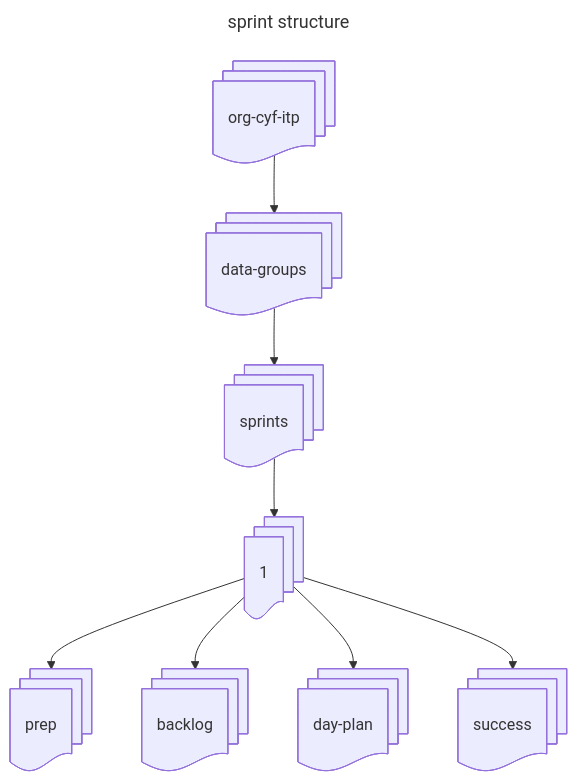
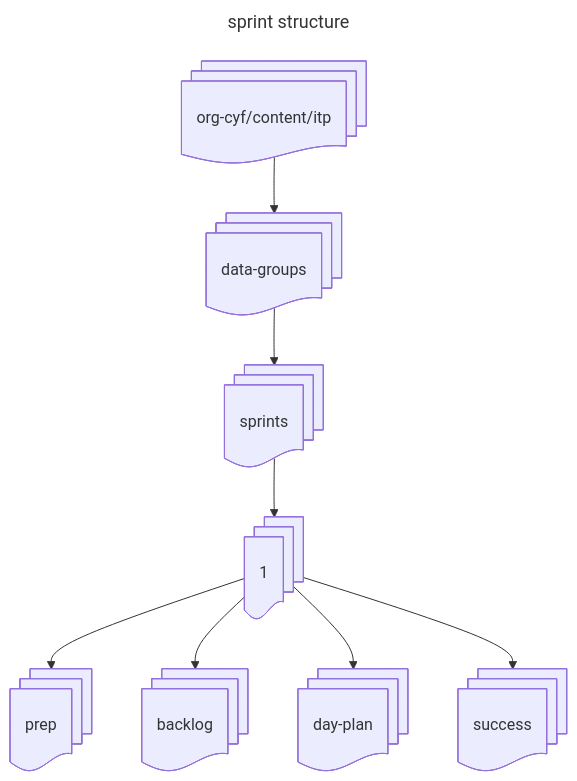
The third of 4 diagrams in org-cyf-guides/content/contributing/adding-updating/index.md (CodeYourFuture/curriculum), drawn with Mermaid before and after one commit. The commit also changed other lines of this file and 2 other files, not shown here.

````diff
--- a/org-cyf-guides/content/contributing/adding-updating/index.md
+++ b/org-cyf-guides/content/contributing/adding-updating/index.md
@@ -48,13 +48,13 @@
 ```mermaid
 ---
 title: sprint structure
 ---
 flowchart TD
-    itp2@{ shape: docs, label: org-cyf-itp } --> dataGroups2@{ shape: docs, label: data-groups }
+    itp2@{ shape: docs, label: org-cyf/content/itp } --> dataGroups2@{ shape: docs, label: data-groups }
     dataGroups2 --> sprints2@{ shape: docs, label: sprints }
     sprints2 --> sprint1@{ shape: docs, label: "1" }
     sprint1 --> prep@{shape: docs, label: prep}
     sprint1 --> backlog@{shape: docs, label: backlog}
     sprint1 --> plan@{shape: docs, label: day-plan}
     sprint1 --> moduleSuccess@{shape: docs, label: success}
 ```
````
